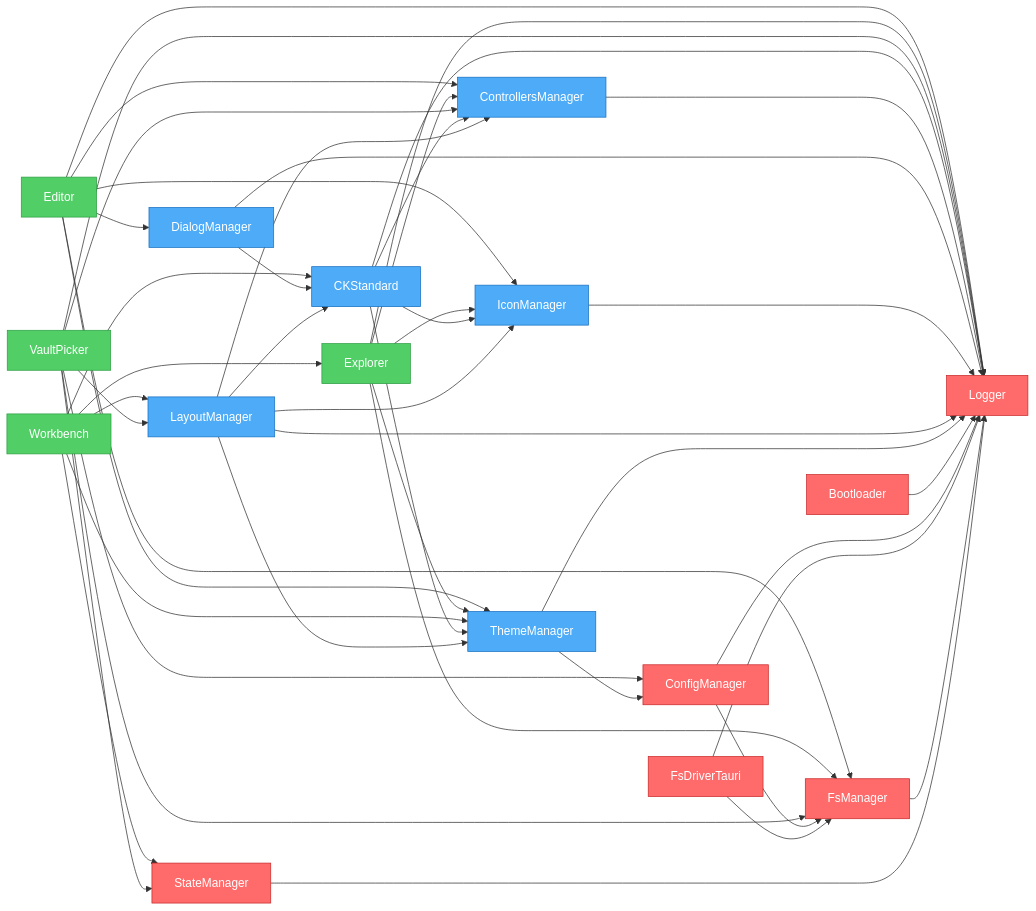
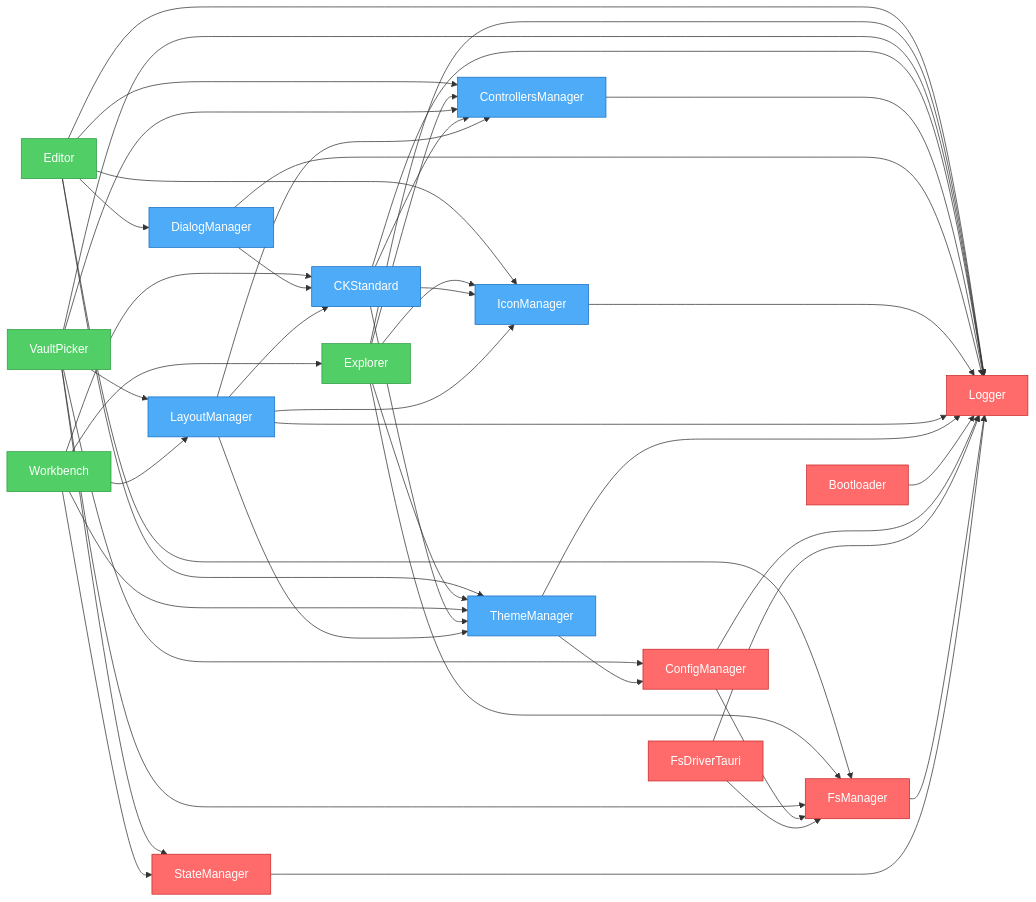
One commit to khton-tech/notehub.md changed the diagram in artifacts/graph.mmd. Above: the diagram before and after it, drawn with Mermaid. The commit also changed other lines of this file and 9 other files, not shown here.

Commit message:
feat: Implement vault management features and a resizable editor layout component.

```diff
--- a/artifacts/graph.mmd
+++ b/artifacts/graph.mmd
@@ -1,70 +1,70 @@
 flowchart LR
     nh_features_editor["Editor"]
     nh_features_explorer["Explorer"]
+    nh_features_vault-picker["VaultPicker"]
     nh_features_workbench["Workbench"]
-    nh_features_vault-picker["VaultPicker"]
     nh_ui_ck-standard["CKStandard"]
     nh_ui_controllers-manager["ControllersManager"]
     nh_ui_dialog-manager["DialogManager"]
     nh_ui_icon-manager["IconManager"]
     nh_ui_layout-manager["LayoutManager"]
     nh_ui_theme-manager["ThemeManager"]
     nh_system_bootloader["Bootloader"]
     nh_system_config-manager["ConfigManager"]
     nh_system_fs-driver-tauri["FsDriverTauri"]
     nh_system_fs-manager["FsManager"]
     nh_system_logger["Logger"]
     nh_system_state-manager["StateManager"]
     nh_features_editor --> nh_system_fs-manager
     nh_features_editor --> nh_system_logger
     nh_features_editor --> nh_ui_controllers-manager
     nh_features_editor --> nh_ui_dialog-manager
     nh_features_editor --> nh_ui_icon-manager
     nh_features_editor --> nh_ui_theme-manager
     nh_features_explorer --> nh_system_fs-manager
     nh_features_explorer --> nh_system_logger
     nh_features_explorer --> nh_ui_controllers-manager
     nh_features_explorer --> nh_ui_icon-manager
     nh_features_explorer --> nh_ui_theme-manager
-    nh_features_workbench --> nh_ui_layout-manager
-    nh_features_workbench --> nh_ui_theme-manager
-    nh_features_workbench --> nh_ui_ck-standard
-    nh_features_workbench --> nh_system_state-manager
-    nh_features_workbench --> nh_features_explorer
     nh_features_vault-picker --> nh_system_fs-manager
     nh_features_vault-picker --> nh_system_config-manager
     nh_features_vault-picker --> nh_system_state-manager
     nh_features_vault-picker --> nh_system_logger
     nh_features_vault-picker --> nh_ui_controllers-manager
     nh_features_vault-picker --> nh_ui_layout-manager
+    nh_features_workbench --> nh_ui_layout-manager
+    nh_features_workbench --> nh_ui_theme-manager
+    nh_features_workbench --> nh_ui_ck-standard
+    nh_features_workbench --> nh_system_state-manager
+    nh_features_workbench --> nh_features_explorer
     nh_ui_ck-standard --> nh_system_logger
     nh_ui_ck-standard --> nh_ui_controllers-manager
     nh_ui_ck-standard --> nh_ui_icon-manager
     nh_ui_ck-standard --> nh_ui_theme-manager
     nh_ui_controllers-manager --> nh_system_logger
     nh_ui_dialog-manager --> nh_system_logger
     nh_ui_dialog-manager --> nh_ui_ck-standard
     nh_ui_icon-manager --> nh_system_logger
     nh_ui_layout-manager --> nh_system_logger
     nh_ui_layout-manager --> nh_ui_theme-manager
     nh_ui_layout-manager --> nh_ui_icon-manager
     nh_ui_layout-manager --> nh_ui_controllers-manager
     nh_ui_layout-manager --> nh_ui_ck-standard
     nh_ui_theme-manager --> nh_system_logger
     nh_ui_theme-manager --> nh_system_config-manager
     nh_system_bootloader --> nh_system_logger
     nh_system_config-manager --> nh_system_logger
     nh_system_config-manager --> nh_system_fs-manager
     nh_system_fs-driver-tauri --> nh_system_logger
     nh_system_fs-driver-tauri --> nh_system_fs-manager
     nh_system_fs-manager --> nh_system_logger
     nh_system_state-manager --> nh_system_logger
 
     %% Styles
     classDef system fill:#ff6b6b,stroke:#c92a2a,color:#fff
     classDef ui fill:#4dabf7,stroke:#1971c2,color:#fff
     classDef feature fill:#51cf66,stroke:#2f9e44,color:#fff
     class nh_features_editor,nh_features_explorer,nh_features_workbench feature
     class nh_features_vault-picker feature
     class nh_ui_ck-standard,nh_ui_controllers-manager,nh_ui_dialog-manager,nh_ui_icon-manager,nh_ui_layout-manager,nh_ui_theme-manager ui
     class nh_system_bootloader,nh_system_config-manager,nh_system_fs-driver-tauri,nh_system_fs-manager,nh_system_logger,nh_system_state-manager system
```
